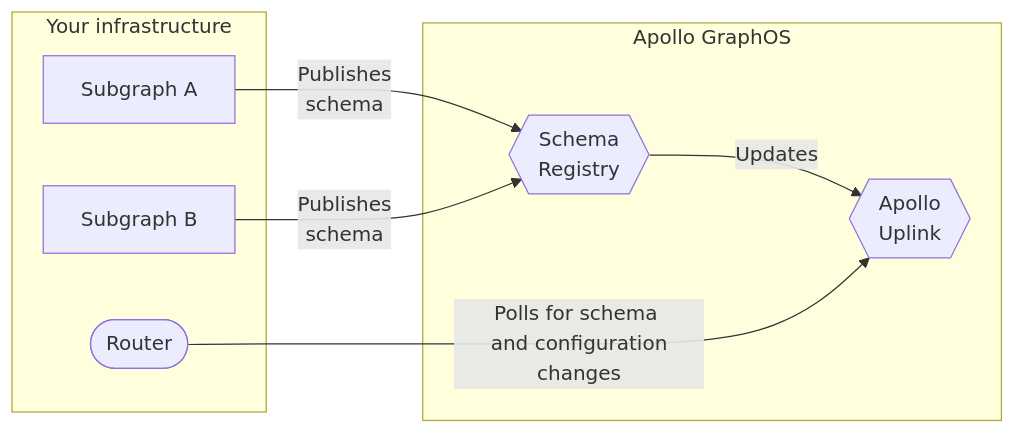
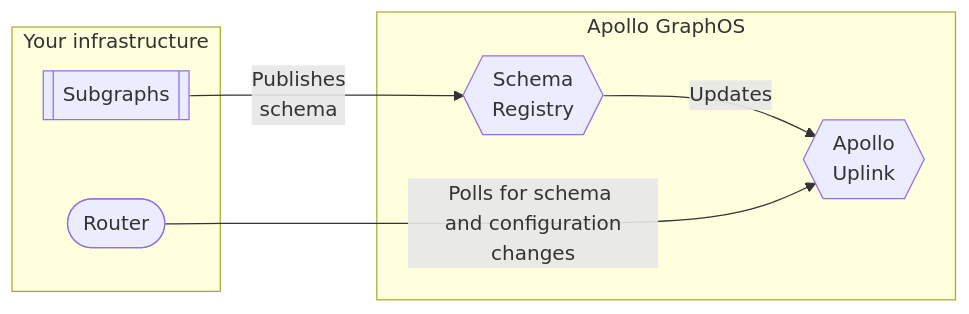
Before and after one commit to apollographql/docs: the first of 9 diagrams in src/content/graphos/enterprise/reference-architecture.mdx, drawn with Mermaid. The commit also changed other lines of this file, not shown here.

````diff
--- a/src/content/graphos/enterprise/reference-architecture.mdx
+++ b/src/content/graphos/enterprise/reference-architecture.mdx
@@ -56,17 +42,16 @@
 ```mermaid
 graph LR;
   subgraph "Your infrastructure"
-  serviceA[Subgraph A];
-  serviceB[Subgraph B];
+  subgraphs[[Subgraphs]];
   router([Router]);
   end
   subgraph "Apollo GraphOS"
   registry{{Schema <br/> Registry}};
   uplink{{Apollo <br/> Uplink}}
   end
-  serviceA & serviceB -->|"Publishes<br/>schema"| registry;
+  subgraphs -->|"Publishes<br/>schema"| registry;
   registry -->|"Updates"| uplink;
   router -->|Polls for schema <br/> and configuration changes| uplink;
   class registry secondary;
   class uplink secondary;
 ```
````
